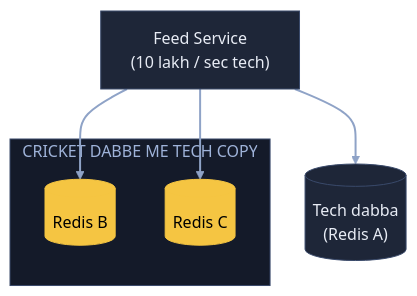
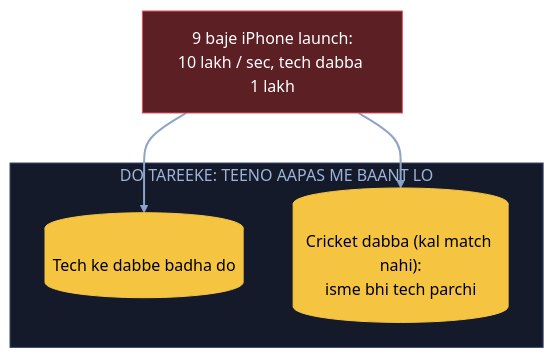
One commit to ArpanMaheshwari144/Prep changed the ninth of 11 diagrams in 04_HLD/SYSTEM_DESIGNS/08_news_aggregator/08_news_aggregator.md. Above: the diagram before and after it, drawn with Mermaid. The commit also changed other lines of this file, not shown here.

Commit message:
News: 11 diagram hand notes ke shabdon se; K6 se apna jodा timeout / circuit breaker hataya

````diff
--- a/04_HLD/SYSTEM_DESIGNS/08_news_aggregator/08_news_aggregator.md
+++ b/04_HLD/SYSTEM_DESIGNS/08_news_aggregator/08_news_aggregator.md
@@ -270,18 +274,16 @@
 ```mermaid
 flowchart TB
-    F["Feed Service<br/>(10 lakh / sec tech)"]:::card
-    A[("Tech dabba<br/>(Redis A)")]:::card
-    subgraph CP["CRICKET DABBE ME TECH COPY"]
-        B[("Redis B")]:::pill
-        C[("Redis C")]:::pill
+    F["9 baje iPhone launch:<br/>10 lakh / sec, tech dabba 1 lakh"]:::bad
+    subgraph DT["DO TAREEKE: TEENO AAPAS ME BAANT LO"]
+        A[("Tech ke dabbe badha do")]:::pill
+        B[("Cricket dabba (kal match nahi):<br/>isme bhi tech parchi")]:::pill
     end
     F --> A
     F --> B
-    F --> C
     linkStyle default stroke:#8fa3c7,stroke-width:2px
     classDef card fill:#1e2638,stroke:#3a4a6b,color:#e8ecf5
     classDef pill fill:#f5c542,stroke:#f5c542,color:#000
     classDef good fill:#2e7d4f,stroke:#3fbf6f,color:#fff
     classDef bad fill:#5c1f24,stroke:#e05561,color:#fff
-    style CP fill:#141a29,stroke:#3a4a6b,color:#9fb3d9
+    style DT fill:#141a29,stroke:#3a4a6b,color:#9fb3d9
 ```
````
